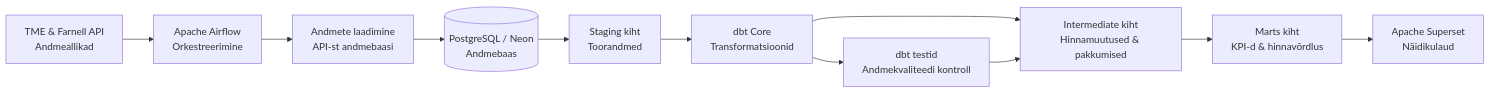
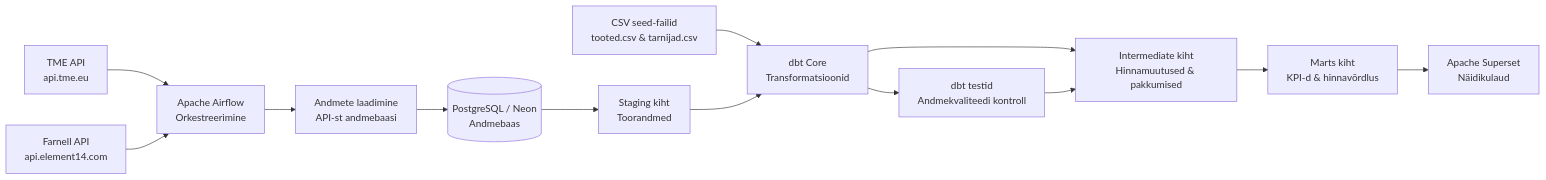
The diagram in docs/arhitektuur.md (mplza/tarnijakataloogid), drawn with Mermaid before and after one commit. The commit also changed other lines of this file, not shown here.

Commit message:
Lisa API valjade vastavus ja erista diagrammis APIid ja seed

````diff
--- a/docs/arhitektuur.md
+++ b/docs/arhitektuur.md
@@ -49,16 +49,18 @@
 ```mermaid
 flowchart LR
-    A["TME & Farnell API<br/>Andmeallikad"] --> B["Apache Airflow<br/>Orkestreerimine"]
+    TME["TME API<br/>api.tme.eu"] --> B["Apache Airflow<br/>Orkestreerimine"]
+    E14["Farnell API<br/>api.element14.com"] --> B
     B --> C["Andmete laadimine<br/>API-st andmebaasi"]
     C --> D[("PostgreSQL / Neon<br/>Andmebaas")]
 
     D --> E["Staging kiht<br/>Toorandmed"]
+    SEED["CSV seed-failid<br/>tooted.csv & tarnijad.csv"] --> F
     E --> F["dbt Core<br/>Transformatsioonid"]
     F --> G["Intermediate kiht<br/>Hinnamuutused & pakkumised"]
     G --> H["Marts kiht<br/>KPI-d & hinnavõrdlus"]
 
     F --> I["dbt testid<br/>Andmekvaliteedi kontroll"]
     I --> G
 
     H --> J["Apache Superset<br/>Näidikulaud"]
 ```
````
